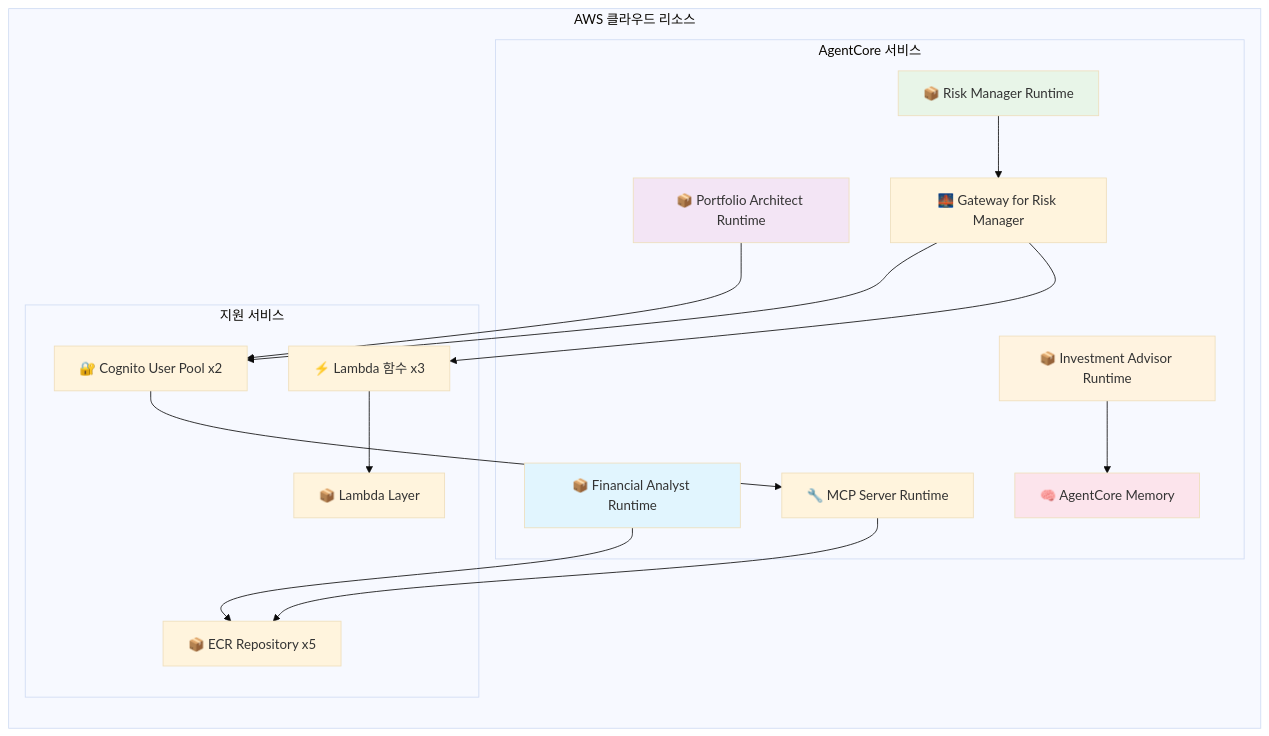
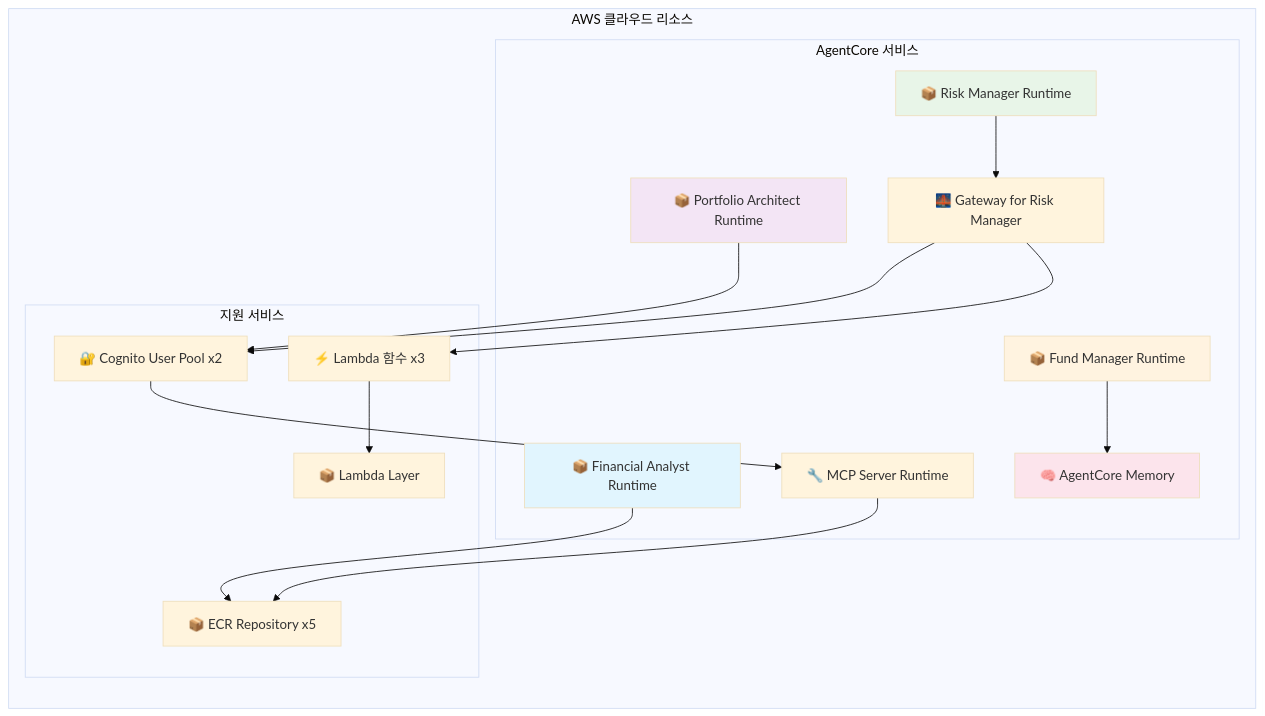
Before and after one commit to ksgsslee/investment_advisor_strands: the diagram in README.md, drawn with Mermaid (base theme). The commit also changed other lines of this file and 18 other files, not shown here.

````diff
--- a/README.md
+++ b/README.md
@@ -298,37 +298,37 @@
 ```mermaid
 graph LR
     subgraph "AWS 클라우드 리소스"
         subgraph "AgentCore 서비스"
             RT1[📦 Financial Analyst Runtime]
             RT2[📦 Portfolio Architect Runtime]
             RT3[📦 Risk Manager Runtime]
-            RT4[📦 Investment Advisor Runtime]
+            RT4[📦 Fund Manager Runtime]
             MCP[🔧 MCP Server Runtime]
             MEM[🧠 AgentCore Memory]
             GW[🌉 Gateway for Risk Manager]
         end
         
         subgraph "지원 서비스"
             LAM[⚡ Lambda 함수 x3]
             LAY[📦 Lambda Layer]
             COG[🔐 Cognito User Pool x2]
             ECR[📦 ECR Repository x5]
         end
     end
     
     RT1 --> ECR
     RT2 --> COG
     RT3 --> GW
     RT4 --> MEM
     COG --> MCP
     GW --> COG
     GW --> LAM
     LAM --> LAY
     MCP --> ECR
     
     style RT1 fill:#e1f5fe
     style RT2 fill:#f3e5f5
     style RT3 fill:#e8f5e8
     style RT4 fill:#fff3e0
     style MEM fill:#fce4ec
 ```
````
